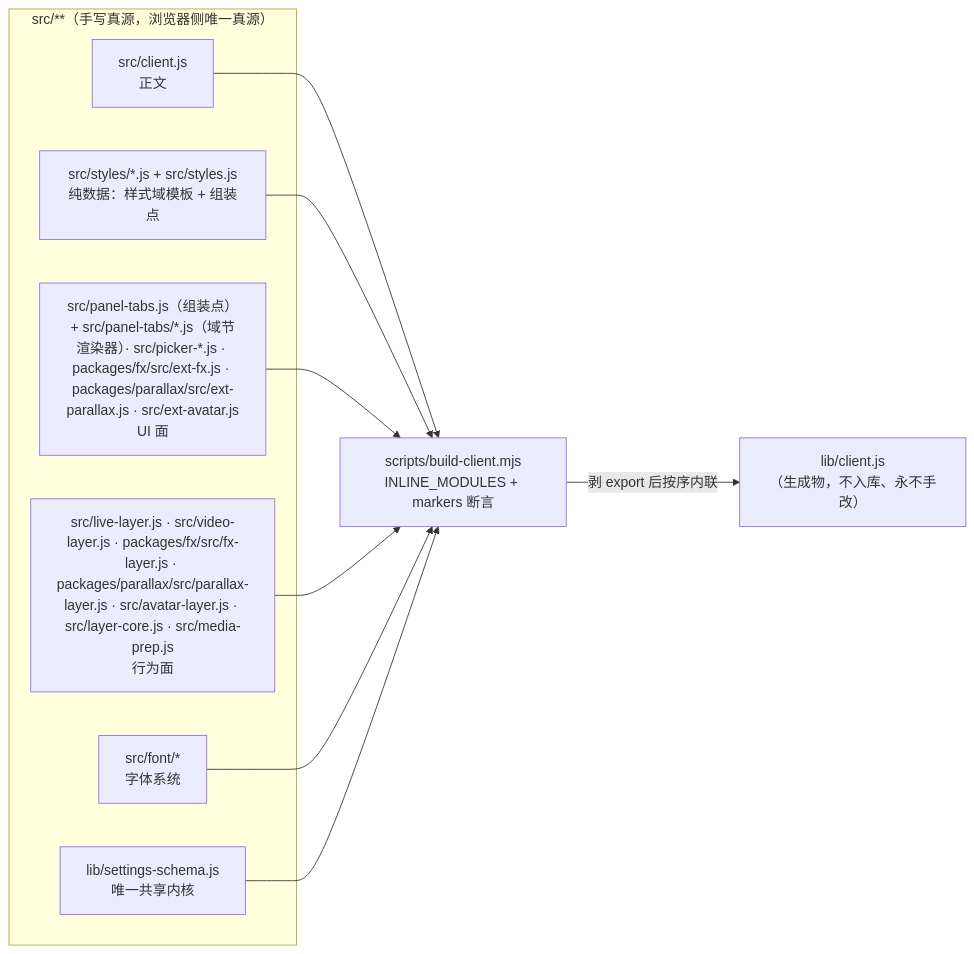
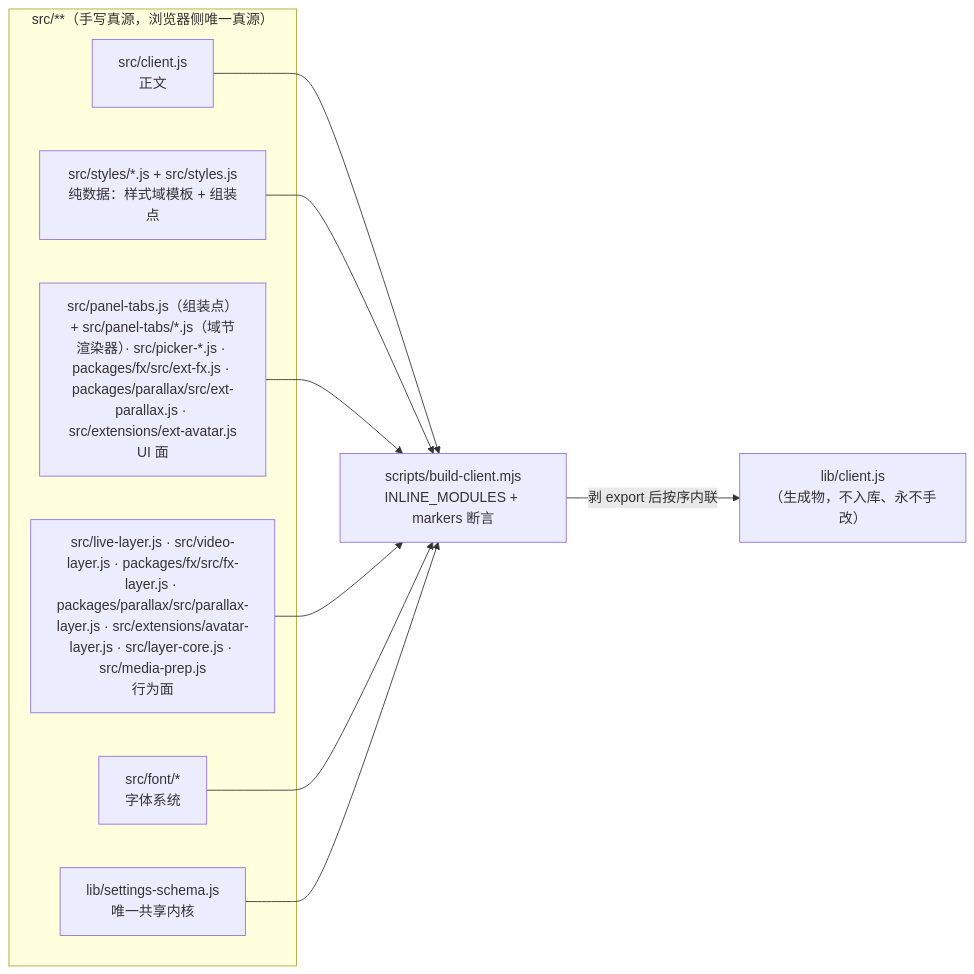
The fifth of 9 diagrams in docs/CODE-STRUCTURE.md (elysia395/dsh-wallpaper-engine), drawn with Mermaid before and after one commit. The commit also changed 27 other files, not shown here.

First line of the commit message:
整理：src 目录重构 Wave 1a —— 「扩展」五模块归到 src/extensions/

````diff
--- a/docs/CODE-STRUCTURE.md
+++ b/docs/CODE-STRUCTURE.md
@@ -346,18 +346,18 @@
 ```mermaid
 graph LR
     subgraph SRC["src/**（手写真源，浏览器侧唯一真源）"]
         C["src/client.js<br/>正文"]
         A["src/styles/*.js + src/styles.js<br/>纯数据：样式域模板 + 组装点"]
-        B["src/panel-tabs.js（组装点）+ src/panel-tabs/*.js（域节渲染器）· src/picker-*.js · packages/fx/src/ext-fx.js · packages/parallax/src/ext-parallax.js · src/ext-avatar.js<br/>UI 面"]
-        D["src/live-layer.js · src/video-layer.js · packages/fx/src/fx-layer.js · packages/parallax/src/parallax-layer.js · src/avatar-layer.js · src/layer-core.js · src/media-prep.js<br/>行为面"]
+        B["src/panel-tabs.js（组装点）+ src/panel-tabs/*.js（域节渲染器）· src/picker-*.js · packages/fx/src/ext-fx.js · packages/parallax/src/ext-parallax.js · src/extensions/ext-avatar.js<br/>UI 面"]
+        D["src/live-layer.js · src/video-layer.js · packages/fx/src/fx-layer.js · packages/parallax/src/parallax-layer.js · src/extensions/avatar-layer.js · src/layer-core.js · src/media-prep.js<br/>行为面"]
         E["src/font/*<br/>字体系统"]
         F["lib/settings-schema.js<br/>唯一共享内核"]
     end
     C --> BUILD["scripts/build-client.mjs<br/>INLINE_MODULES + markers 断言"]
     A --> BUILD
     B --> BUILD
     D --> BUILD
     E --> BUILD
     F --> BUILD
     BUILD -->|剥 export 后按序内联| OUT["lib/client.js<br/>（生成物，不入库、永不手改）"]
 ```
````
